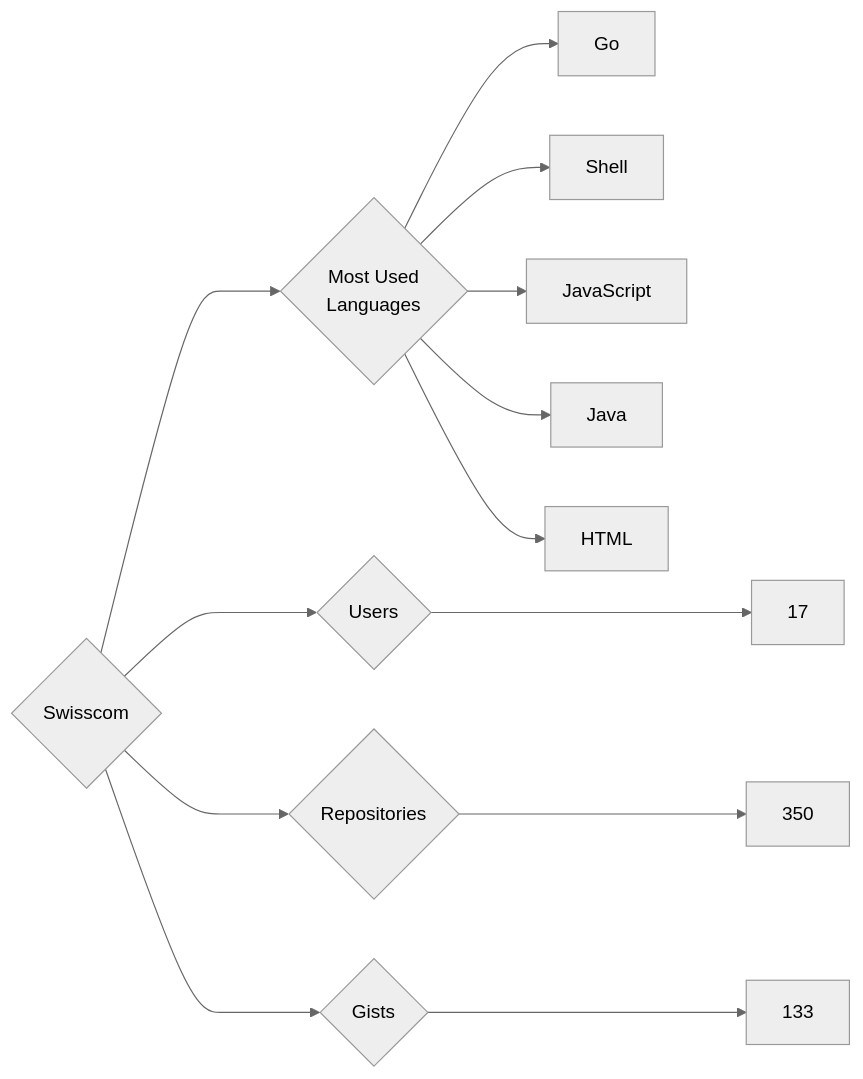
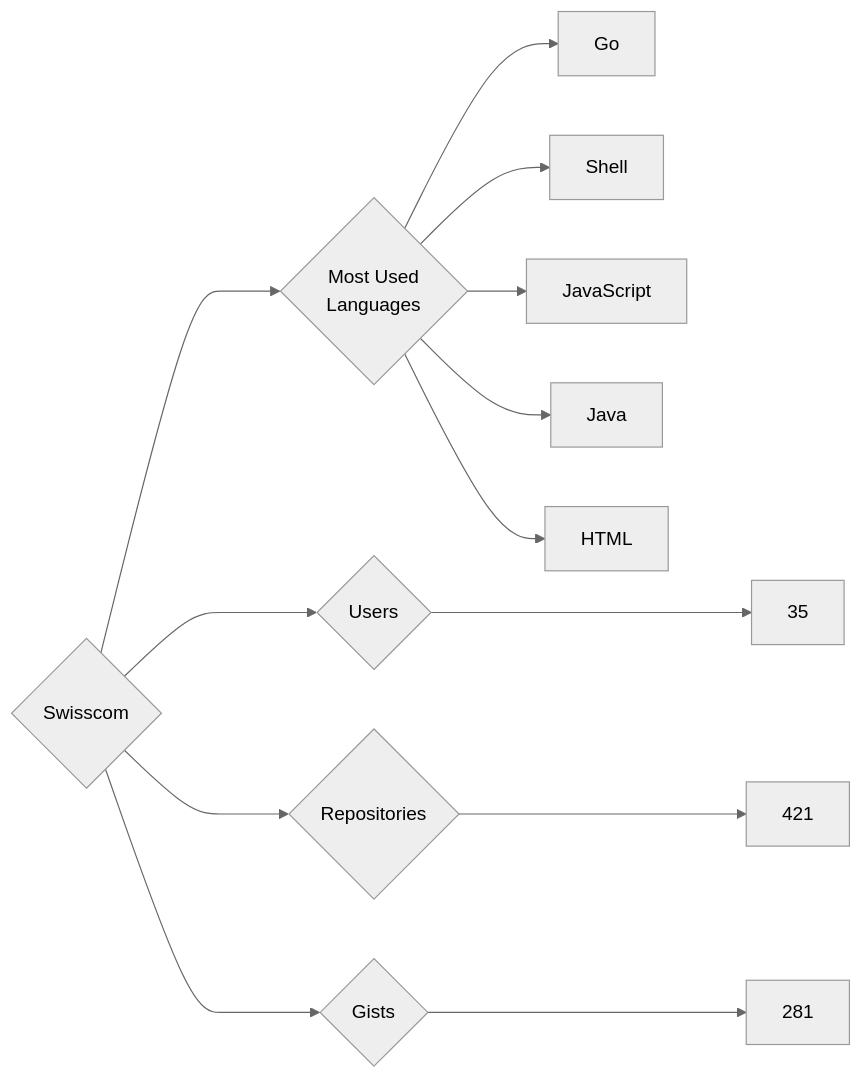
One commit to trickest/insiders changed the diagram in targets/Swisscom/README.md. Above: the diagram before and after it, drawn with Mermaid (neutral theme). The commit also changed 829 other files, not shown here.

````diff
--- a/targets/Swisscom/README.md
+++ b/targets/Swisscom/README.md
@@ -3,13 +3,13 @@
 ```mermaid
 graph LR
 COMPANY_NAME{Swisscom}
-COMPANY_NAME ---> U{Users} ---> UN[17]
-COMPANY_NAME ---> R{Repositories} ---> RN[350]
-COMPANY_NAME ---> G{Gists} ---> GN[133]
+COMPANY_NAME ---> U{Users} ---> UN[35]
+COMPANY_NAME ---> R{Repositories} ---> RN[421]
+COMPANY_NAME ---> G{Gists} ---> GN[281]
 COMPANY_NAME ---> ML{Most Used<br>Languages}
 ML --> Go[Go]
 ML --> Shell[Shell]
 ML --> JavaScript[JavaScript]
 ML --> Java[Java]
 ML --> HTML[HTML]
 ```
````
